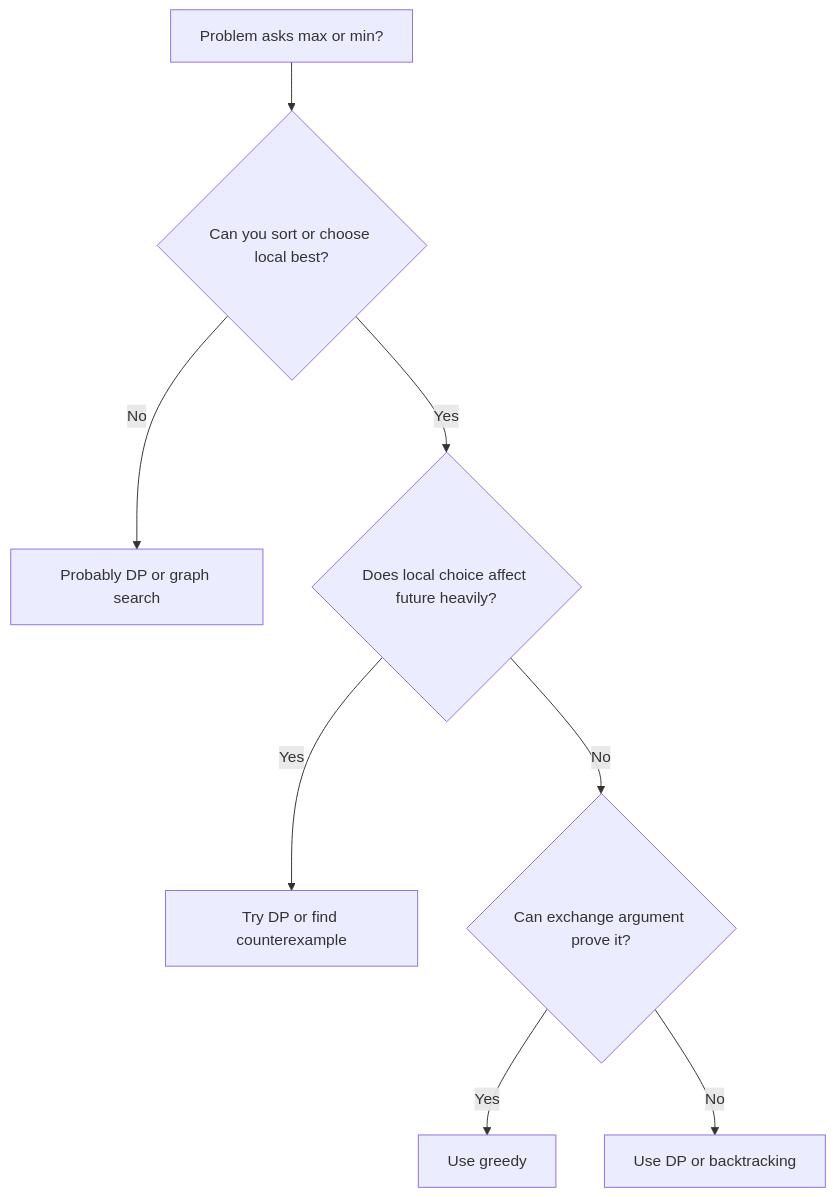
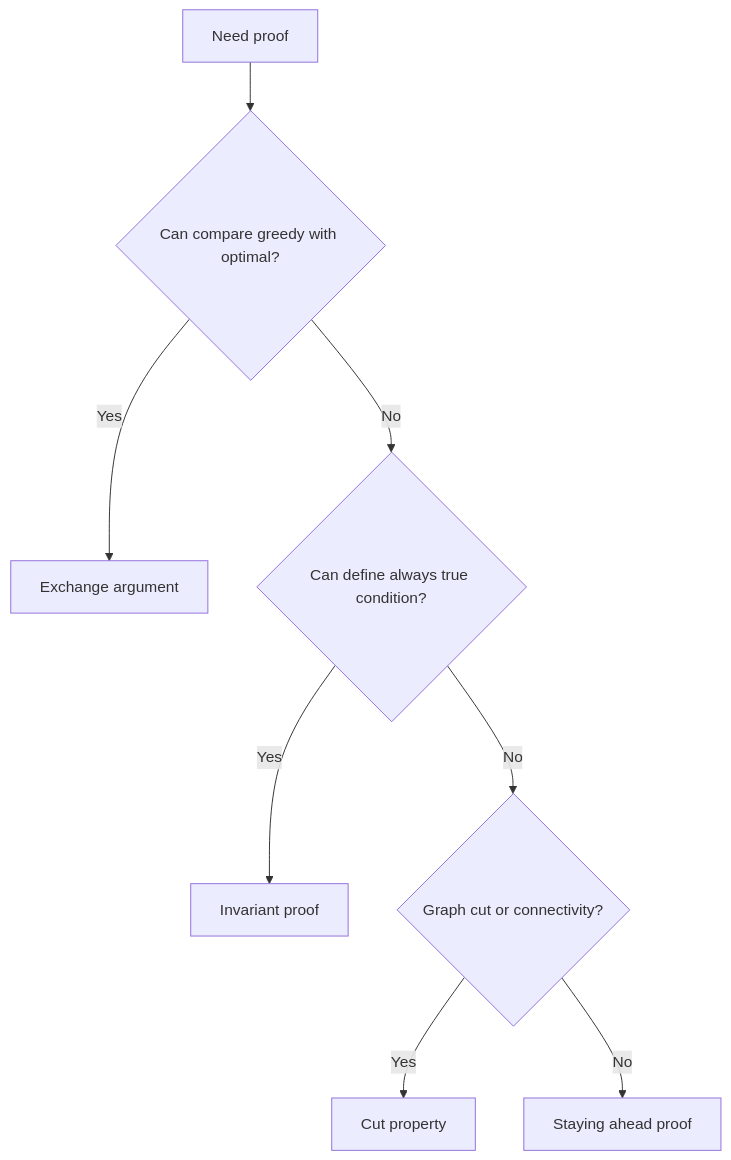
Diagram 17 of 22 in CP_DSA_NOTES/CONCEPT_FRAMEWORK_FORMS_TATICS/010_GREEDY_CFFT.md (mthaiseer/springcloud-systemdesign-notes), drawn with Mermaid before and after one commit. The commit also changed other lines of this file and 1 other file, not shown here.

````diff
--- a/CP_DSA_NOTES/CONCEPT_FRAMEWORK_FORMS_TATICS/010_GREEDY_CFFT.md
+++ b/CP_DSA_NOTES/CONCEPT_FRAMEWORK_FORMS_TATICS/010_GREEDY_CFFT.md
@@ -836,10 +1146,10 @@
 ```mermaid
 flowchart TD
-    A[Problem asks max or min?] --> B{Can you sort or choose local best?}
-    B -->|No| C[Probably DP or graph search]
-    B -->|Yes| D{Does local choice affect future heavily?}
-    D -->|Yes| E[Try DP or find counterexample]
-    D -->|No| F{Can exchange argument prove it?}
-    F -->|Yes| G[Use greedy]
-    F -->|No| H[Use DP or backtracking]
+    A[Need proof] --> B{Can compare greedy with optimal?}
+    B -->|Yes| C[Exchange argument]
+    B -->|No| D{Can define always true condition?}
+    D -->|Yes| E[Invariant proof]
+    D -->|No| F{Graph cut or connectivity?}
+    F -->|Yes| G[Cut property]
+    F -->|No| H[Staying ahead proof]
 ```
````
